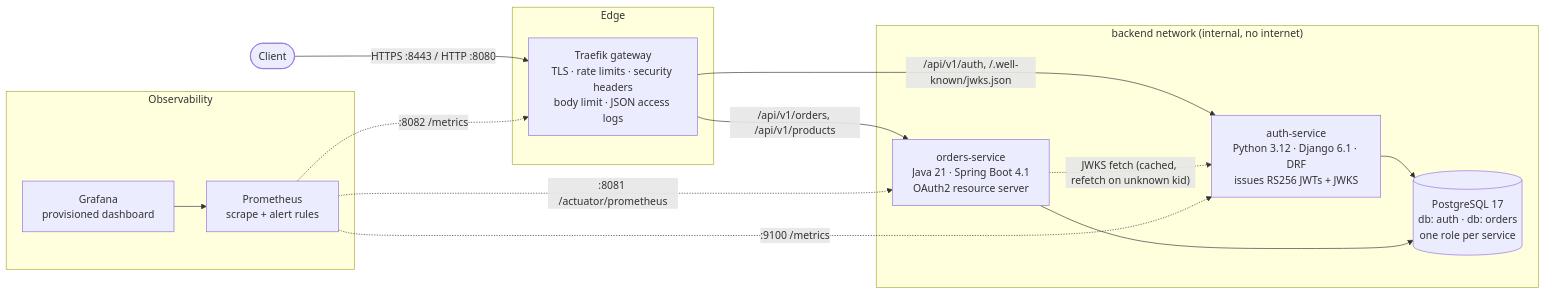
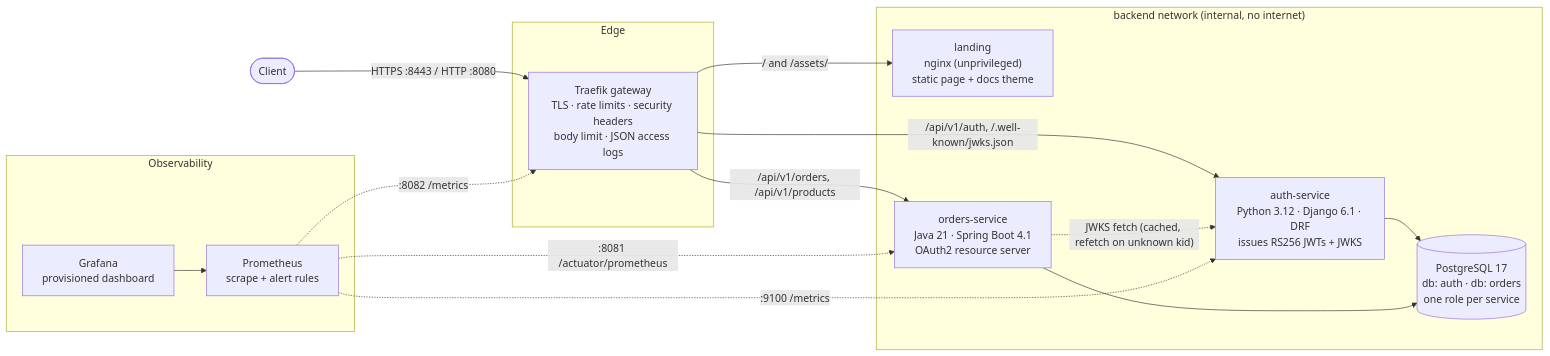
Before and after one commit to Arya-9989/secure-cloud-microservices-platform: the first of 2 diagrams in README.md, drawn with Mermaid. The commit also changed other lines of this file and 7 other files, not shown here.

````diff
--- a/README.md
+++ b/README.md
@@ -19,30 +31,32 @@
 ```mermaid
 flowchart LR
     client([Client])
 
     subgraph edge [Edge]
         gw["Traefik gateway<br/>TLS · rate limits · security headers<br/>body limit · JSON access logs"]
     end
 
     subgraph backend ["backend network (internal, no internet)"]
+        landing["landing<br/>nginx (unprivileged)<br/>static page + docs theme"]
         auth["auth-service<br/>Python 3.12 · Django 6.1 · DRF<br/>issues RS256 JWTs + JWKS"]
         orders["orders-service<br/>Java 21 · Spring Boot 4.1<br/>OAuth2 resource server"]
         pg[("PostgreSQL 17<br/>db: auth · db: orders<br/>one role per service")]
     end
 
     subgraph obs [Observability]
         prom["Prometheus<br/>scrape + alert rules"]
         graf["Grafana<br/>provisioned dashboard"]
     end
 
     client -->|HTTPS :8443 / HTTP :8080| gw
+    gw -->|/ and /assets/| landing
     gw -->|/api/v1/auth, /.well-known/jwks.json| auth
     gw -->|/api/v1/orders, /api/v1/products| orders
     orders -. "JWKS fetch (cached, refetch on unknown kid)" .-> auth
     auth --> pg
     orders --> pg
     prom -. ":9100 /metrics" .-> auth
     prom -. ":8081 /actuator/prometheus" .-> orders
     prom -. ":8082 /metrics" .-> gw
     graf --> prom
 ```
````
